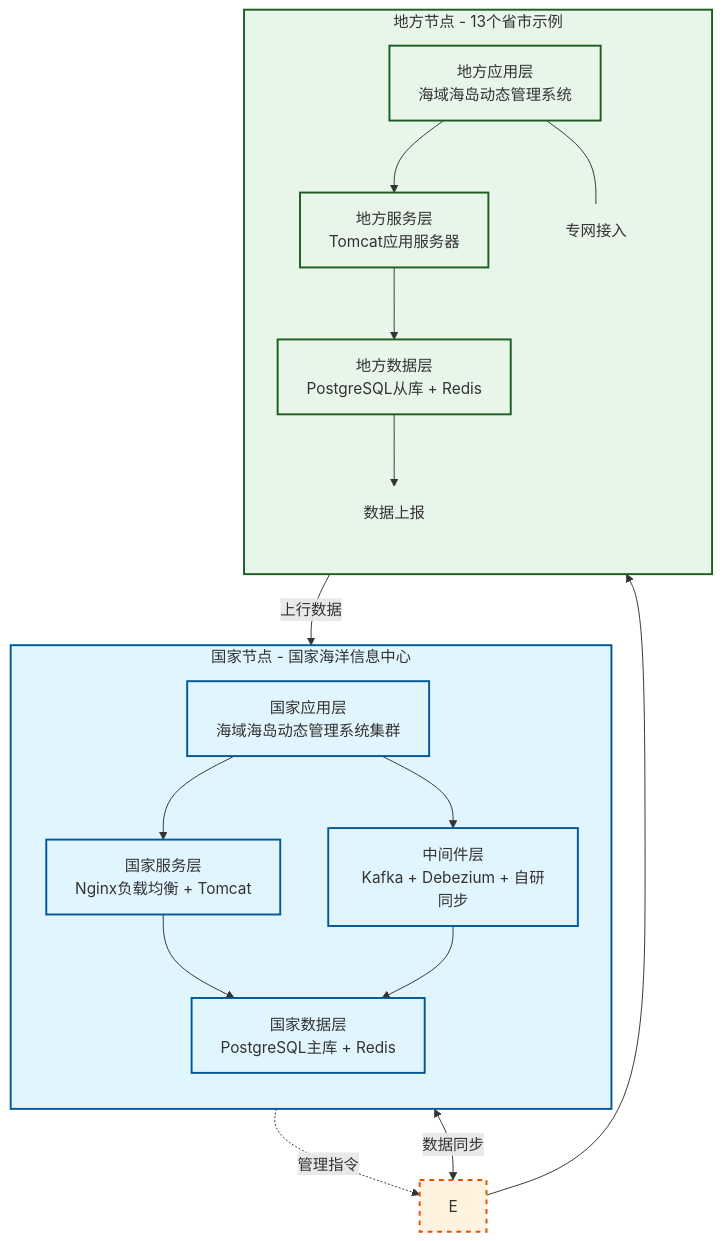
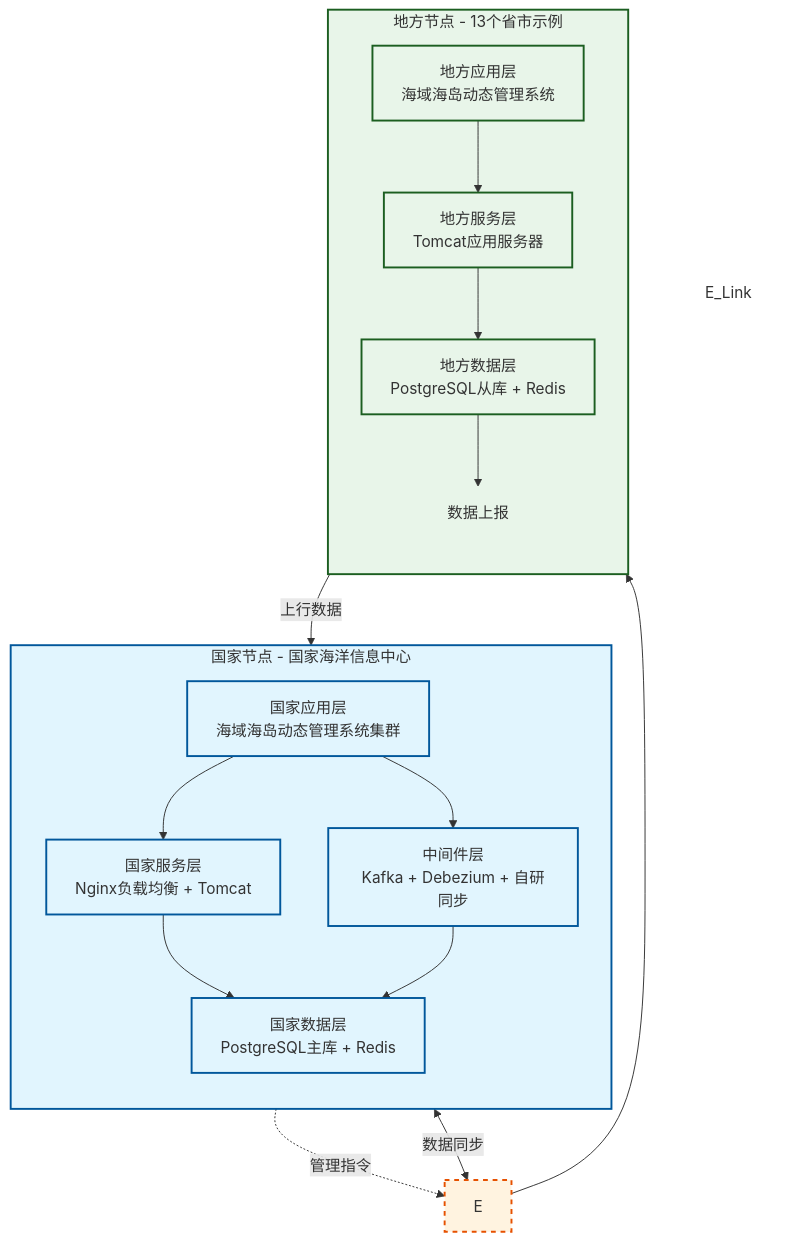
The diagram in all/未命名-1.md (MyJohn2/iodraw-files), drawn with Mermaid before and after one commit.

Commit message:
2026-03-03 15:04:26 update

````diff
--- a/all/未命名-1.md
+++ b/all/未命名-1.md
@@ -1,52 +1,51 @@
 ```mermaid
 flowchart TD
     %% 定义样式
     classDef nation fill:#e1f5fe,stroke:#01579b,stroke-width:2px;
     classDef network fill:#fff3e0,stroke:#e65100,stroke-width:2px,stroke-dasharray: 5 5;
     classDef local fill:#e8f5e9,stroke:#1b5e20,stroke-width:2px;
 
     subgraph NationNode [国家节点 - 国家海洋信息中心]
         direction TB
         A[国家应用层<br/>海域海岛动态管理系统集群]
         B[国家服务层<br/>Nginx负载均衡 + Tomcat]
         C[国家数据层<br/>PostgreSQL主库 + Redis]
         D[中间件层<br/>Kafka + Debezium + 自研同步]
         
         A --> B
         B --> C
         A --> D
         D --> C
     end
     
 
     
     subgraph LocalNode [地方节点 - 13个省市示例]
         direction TB
         F[地方应用层<br/>海域海岛动态管理系统]
         G[地方服务层<br/>Tomcat应用服务器]
         H[地方数据层<br/>PostgreSQL从库 + Redis]
         
         F --> G
         G --> H
-        F --- E_Link[专网接入]
         H --> D_Link[数据上报]
     end
 
     %% 跨子图连接 (连接具体节点而非子图名称)
     A -.->|管理指令 | E
     E --> F
     D <-->|数据同步 | E
     H -->|上行数据 | D
 
     %% 应用样式
     class NationNode,A,B,C,D nation;
     class SecureNet,E network;
     class LocalNode,F,G,H local;
     
     %% 隐藏用于逻辑连接的辅助节点样式
     style E_Link fill:none,stroke:none;
     style D_Link fill:none,stroke:none;
 
 
 
 ```
````
